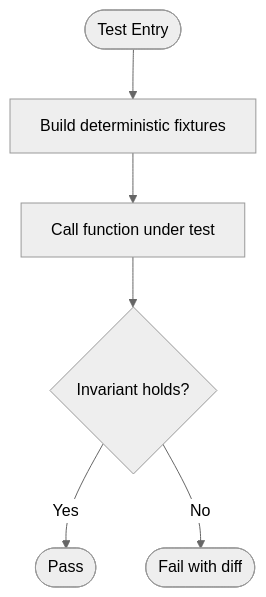
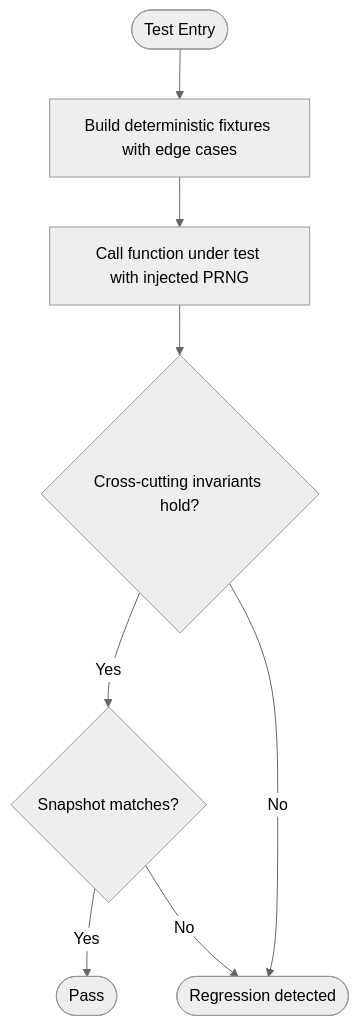
One commit to Meaetin/alibaba-hackathon changed the third of 4 diagrams in .qoder/repowiki/en/content/Testing Strategy.md. Above: the diagram before and after it, drawn with Mermaid (neutral theme). The commit also changed other lines of this file and 211 other files, not shown here.

````diff
--- a/.qoder/repowiki/en/content/Testing Strategy.md
+++ b/.qoder/repowiki/en/content/Testing Strategy.md
@@ -113,8 +149,10 @@
 ```mermaid
 flowchart TD
-Start(["Test Entry"]) --> BuildFixtures["Build deterministic fixtures"]
-BuildFixtures --> CallSUT["Call function under test"]
-CallSUT --> AssertInvariants{"Invariant holds?"}
-AssertInvariants --> |Yes| End(["Pass"])
+Start(["Test Entry"]) --> BuildFixtures["Build deterministic fixtures with edge cases"]
+BuildFixtures --> CallSUT["Call function under test with injected PRNG"]
+CallSUT --> AssertInvariants{"Cross-cutting invariants hold?"}
+AssertInvariants --> |Yes| CheckSnapshots{"Snapshot matches?"}
 AssertInvariants --> |No| Fail(["Fail with diff"])
+CheckSnapshots --> |Yes| End(["Pass"])
+CheckSnapshots --> |No| Fail(["Regression detected"])
 ```
````
